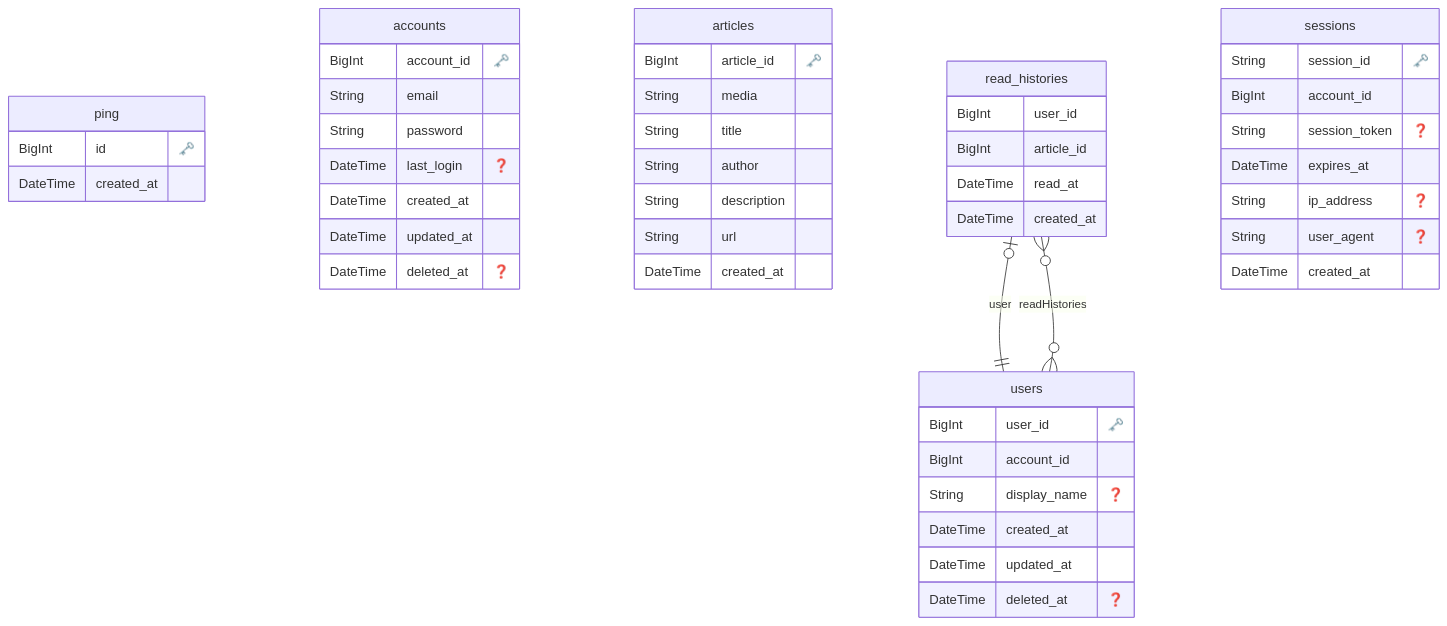
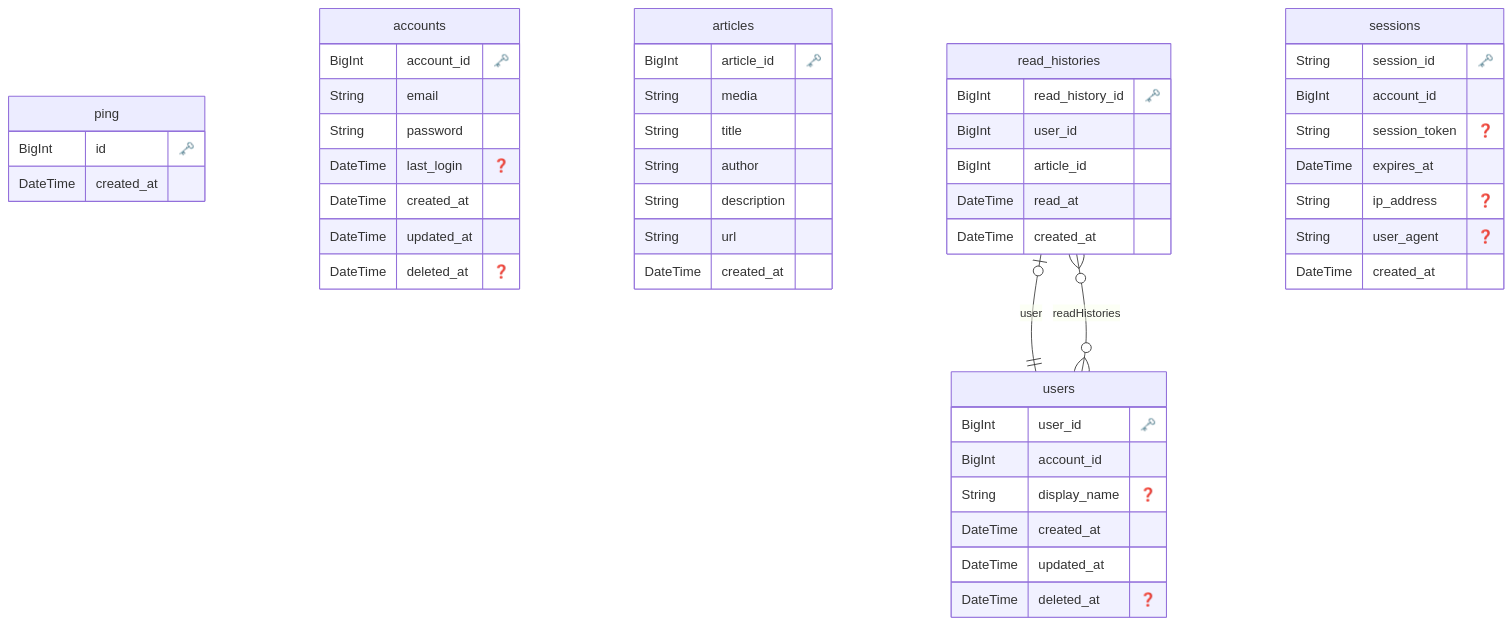
The diagram in prisma/ERD.md (Geek-Teck-Mentors/trend_diary), drawn with Mermaid before and after one commit. The commit also changed 1 other file, not shown here.

Commit message:
chore: gen prisma

````diff
--- a/prisma/ERD.md
+++ b/prisma/ERD.md
@@ -1,62 +1,63 @@
 ```mermaid
 erDiagram
 
   "ping" {
     BigInt id "🗝️"
     DateTime created_at 
     }
   
 
   "accounts" {
     BigInt account_id "🗝️"
     String email 
     String password 
     DateTime last_login "❓"
     DateTime created_at 
     DateTime updated_at 
     DateTime deleted_at "❓"
     }
   
 
   "articles" {
     BigInt article_id "🗝️"
     String media 
     String title 
     String author 
     String description 
     String url 
     DateTime created_at 
     }
   
 
   "read_histories" {
+    BigInt read_history_id "🗝️"
     BigInt user_id 
     BigInt article_id 
     DateTime read_at 
     DateTime created_at 
     }
   
 
   "sessions" {
     String session_id "🗝️"
     BigInt account_id 
     String session_token "❓"
     DateTime expires_at 
     String ip_address "❓"
     String user_agent "❓"
     DateTime created_at 
     }
   
 
   "users" {
     BigInt user_id "🗝️"
     BigInt account_id 
     String display_name "❓"
     DateTime created_at 
     DateTime updated_at 
     DateTime deleted_at "❓"
     }
   
     "read_histories" o|--|| "users" : "user"
     "users" o{--}o "read_histories" : "readHistories"
 ```
````
